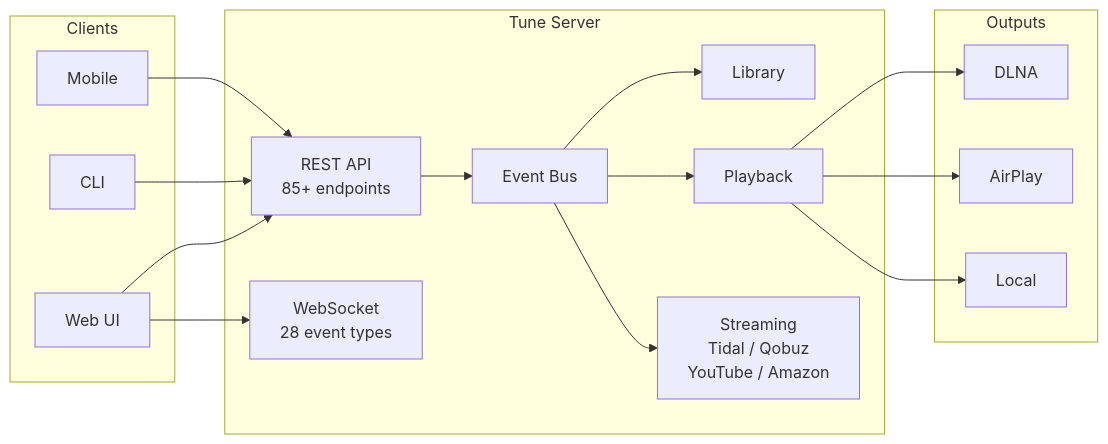
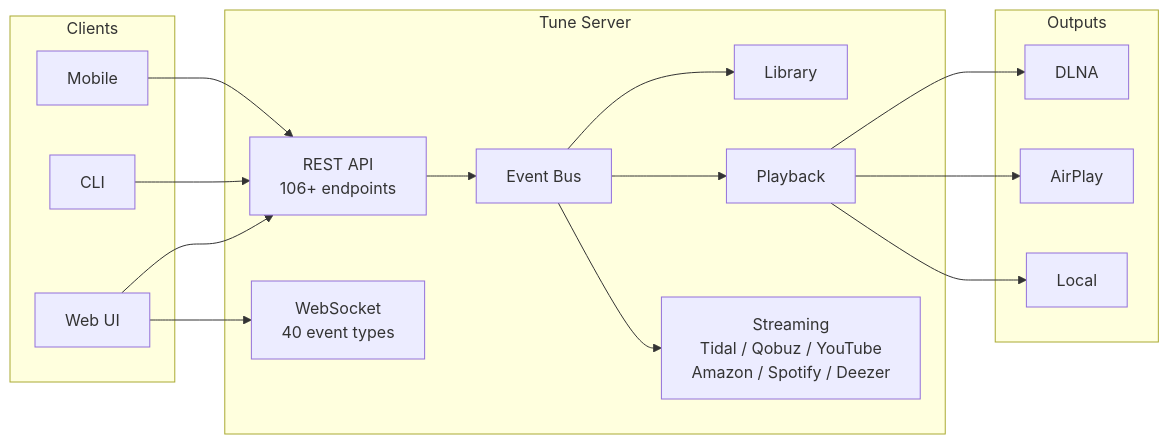
The second of 2 diagrams in docs/project/index.md (renesenses/tune-server-linux), drawn with Mermaid before and after one commit. The commit also changed other lines of this file and 9 other files, not shown here.

First line of the commit message:
docs: update all docs and add Tidal/Qobuz/Amazon setup guides

````diff
--- a/docs/project/index.md
+++ b/docs/project/index.md
@@ -122,35 +122,35 @@
 ```mermaid
 graph LR
     subgraph Clients
         WEB["Web UI"]
         CLI["CLI"]
         MOBILE["Mobile"]
     end
 
     subgraph Server["Tune Server"]
-        API["REST API<br>85+ endpoints"]
-        WS["WebSocket<br>28 event types"]
+        API["REST API<br>106+ endpoints"]
+        WS["WebSocket<br>40 event types"]
         BUS["Event Bus"]
         LIB["Library"]
         PLAY["Playback"]
-        STREAM["Streaming<br>Tidal / Qobuz<br>YouTube / Amazon"]
+        STREAM["Streaming<br>Tidal / Qobuz / YouTube<br>Amazon / Spotify / Deezer"]
     end
 
     subgraph Outputs
         DLNA["DLNA"]
         AIRPLAY["AirPlay"]
         LOCAL["Local"]
     end
 
     WEB --> API
     CLI --> API
     MOBILE --> API
     WEB --> WS
     API --> BUS
     BUS --> LIB
     BUS --> PLAY
     BUS --> STREAM
     PLAY --> DLNA
     PLAY --> AIRPLAY
     PLAY --> LOCAL
 ```
````
